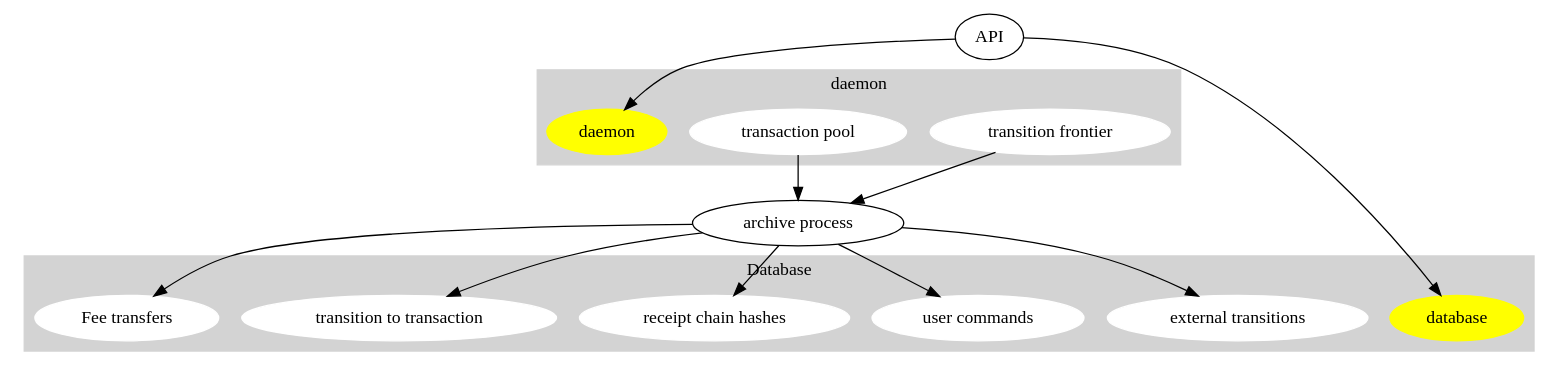
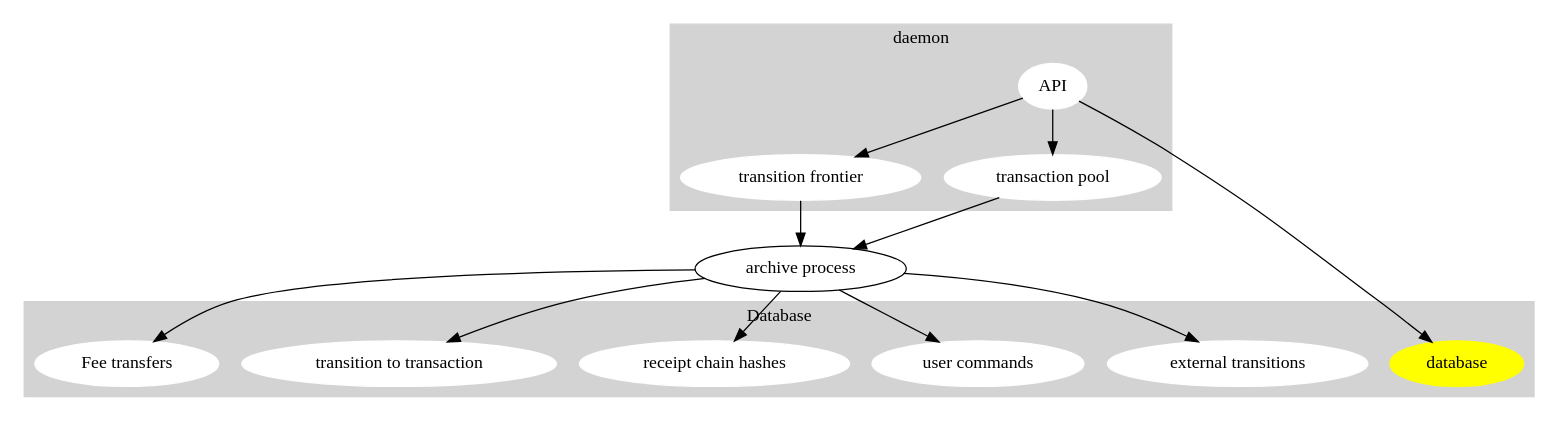
The diagram in docs/res/client_storage.dot (MinaProtocol/mina), drawn with Graphviz before and after one commit. The commit also changed 4 other files, not shown here.

```diff
--- a/docs/res/client_storage.dot
+++ b/docs/res/client_storage.dot
@@ -1,45 +1,45 @@
 digraph client_process {
     
     subgraph cluster_0 {
 		style=filled;
 		color=lightgrey;
 		node [style=filled,color=white];
 		transition_frontier [label="transition frontier"];
         transaction_pool [label="transaction pool"];
-        daemon [color=yellow]
+        API
 		label = "daemon";
 	}
 
     archive_process [label="archive process"]
-
-    API
 
     subgraph cluster_2 {
 		style=filled;
 		color=lightgrey;
 		node [style=filled,color=white];
         blocks [label="external transitions"];
         user_commands [label="user commands"];
         receipt_chain_table [label="receipt chain hashes"];
         transition_to_transaction_table [label="transition to transaction"];
         fee_transfers [label="Fee transfers"];
         database [color=yellow]
         label = "Database"
     }
 
     transition_frontier -> archive_process
     transaction_pool -> archive_process
 
-    API -> daemon
+    API -> transition_frontier
+    API -> transaction_pool
+
     API -> database
 
     archive_process -> user_commands
 
     archive_process -> receipt_chain_table
     archive_process -> transition_to_transaction_table
     archive_process -> fee_transfers
     archive_process -> blocks
 
 
 
 }
```
